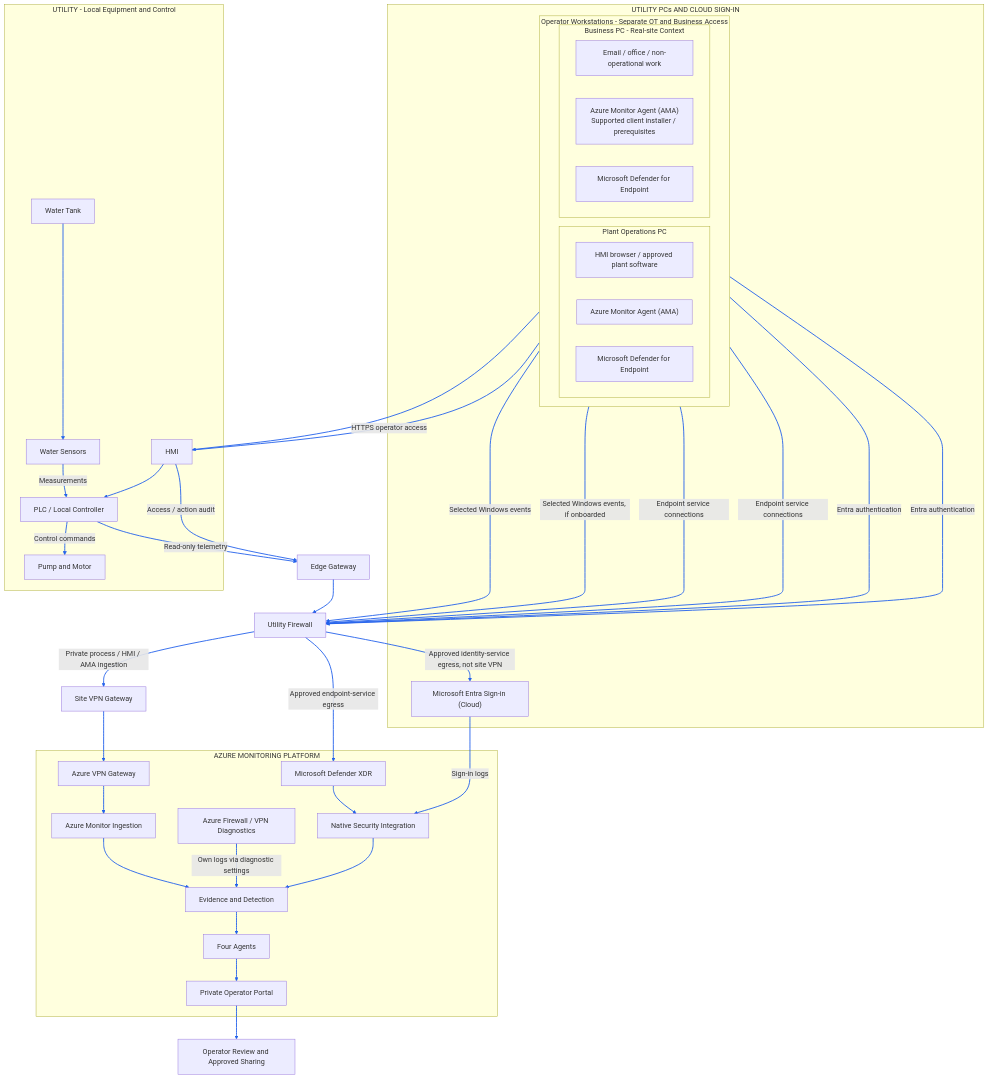
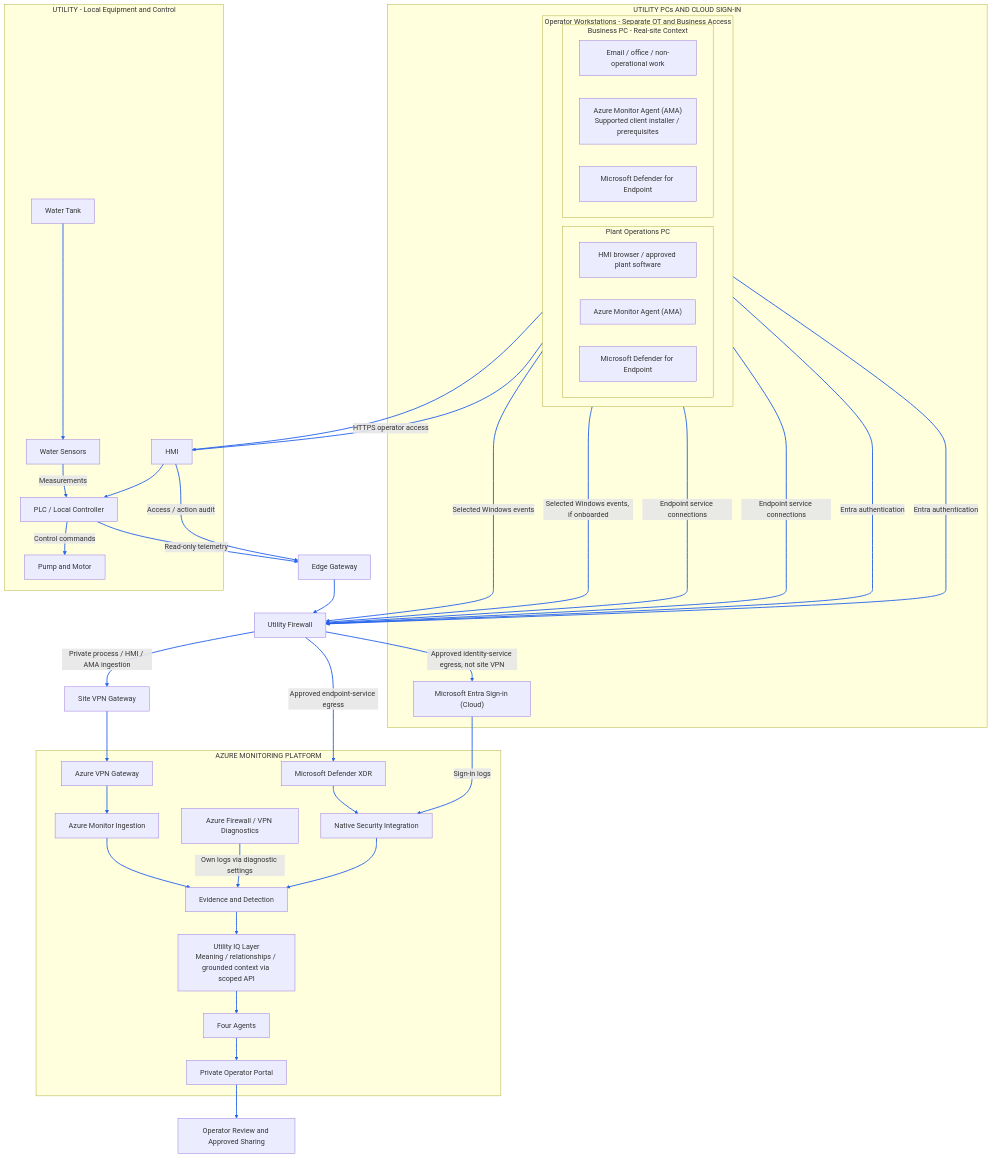
One commit to srvenkatms/WaterSupplyInisghtIQ changed the second of 3 diagrams in docs/target-architecture.md. Above: the diagram before and after it, drawn with Mermaid. The commit also changed other lines of this file and 1 other file, not shown here.

Commit message:
Document data collection, agent audit and reusable Utility IQ layer

````diff
--- a/docs/target-architecture.md
+++ b/docs/target-architecture.md
@@ -175,73 +180,75 @@
 ```mermaid
 flowchart TB
   subgraph Access["UTILITY PCs AND CLOUD SIGN-IN"]
     subgraph Workstations["Operator Workstations - Separate OT and Business Access"]
       direction LR
       subgraph Desktop["Plant Operations PC"]
         DesktopApps["HMI browser / approved plant software"]
         PlantAMA["Azure Monitor Agent (AMA)"]
         PlantDefender["Microsoft Defender for Endpoint"]
       end
       subgraph BusinessPC["Business PC - Real-site Context"]
         BusinessApps["Email / office / non-operational work"]
         BusinessAMA["Azure Monitor Agent (AMA)<br/>Supported client installer / prerequisites"]
         BusinessDefender["Microsoft Defender for Endpoint"]
       end
     end
     Entra["Microsoft Entra Sign-in (Cloud)"]
   end
 
   subgraph Equipment["UTILITY - Local Equipment and Control"]
     Tank["Water Tank"]
     Sensors["Water Sensors"]
     PLC["PLC / Local Controller"]
     Pump["Pump and Motor"]
     HMI["HMI"]
     Tank --> Sensors
     Sensors -->|"Measurements"| PLC
     PLC -->|"Control commands"| Pump
     HMI --> PLC
   end
 
   Gateway["Edge Gateway"]
   Firewall["Utility Firewall"]
   SiteVPN["Site VPN Gateway"]
   DesktopApps -->|"HTTPS operator access"| HMI
   %% Layout-only link aligns the PCs; business-to-HMI access is prohibited.
   BusinessApps ~~~ HMI
   PLC -->|"Read-only telemetry"| Gateway
   HMI -->|"Access / action audit"| Gateway
   PlantAMA -->|"Selected Windows events"| Firewall
   BusinessAMA -->|"Selected Windows events, if onboarded"| Firewall
   PlantDefender -->|"Endpoint service connections"| Firewall
   BusinessDefender -->|"Endpoint service connections"| Firewall
   DesktopApps -->|"Entra authentication"| Firewall
   BusinessApps -->|"Entra authentication"| Firewall
   Gateway --> Firewall
   Firewall -->|"Private process / HMI / AMA ingestion"| SiteVPN
 
   subgraph Cloud["AZURE MONITORING PLATFORM"]
     CloudVPN["Azure VPN Gateway"]
     Ingestion["Azure Monitor Ingestion"]
     Defender["Microsoft Defender XDR"]
     Diagnostics["Azure Firewall / VPN Diagnostics"]
     Security["Native Security Integration"]
     Evidence["Evidence and Detection"]
+    IQ["Utility IQ Layer<br/>Meaning / relationships / grounded context via scoped API"]
     Agents["Four Agents"]
     Portal["Private Operator Portal"]
     CloudVPN --> Ingestion
     Ingestion --> Evidence
     Defender --> Security
     Diagnostics -->|"Own logs via diagnostic settings"| Evidence
     Security --> Evidence
-    Evidence --> Agents
+    Evidence --> IQ
+    IQ --> Agents
     Agents --> Portal
   end
 
   SiteVPN --> CloudVPN
   Firewall -->|"Approved endpoint-service egress"| Defender
   Firewall -->|"Approved identity-service egress, not site VPN"| Entra
   Entra -->|"Sign-in logs"| Security
   Portal --> Review["Operator Review and Approved Sharing"]
   linkStyle default stroke:#2563eb,stroke-width:2px;
 ```
````
